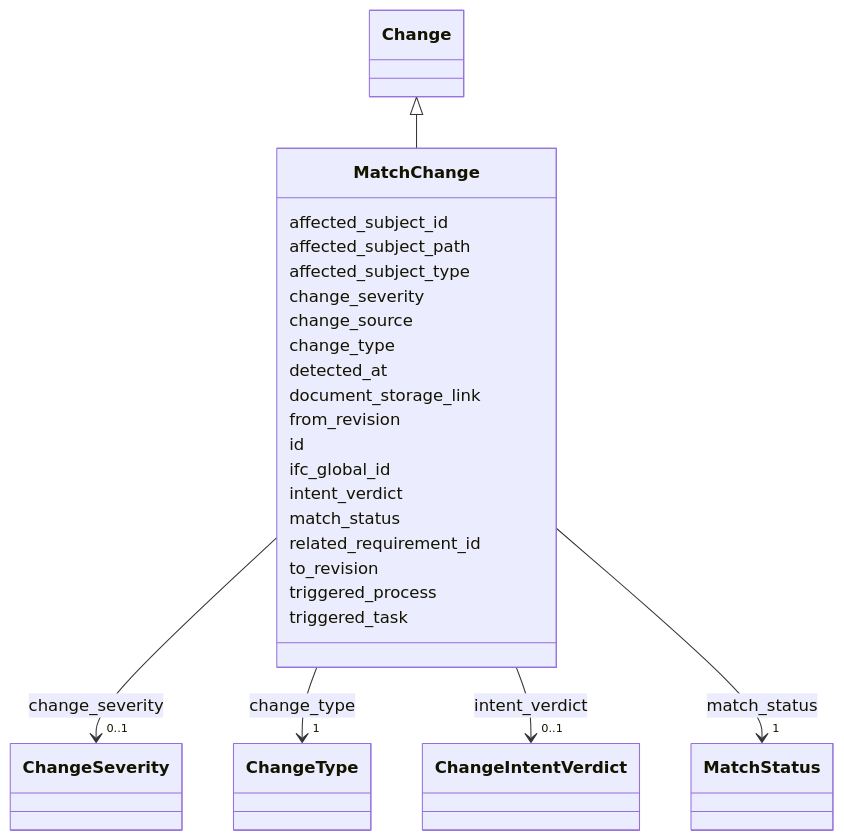
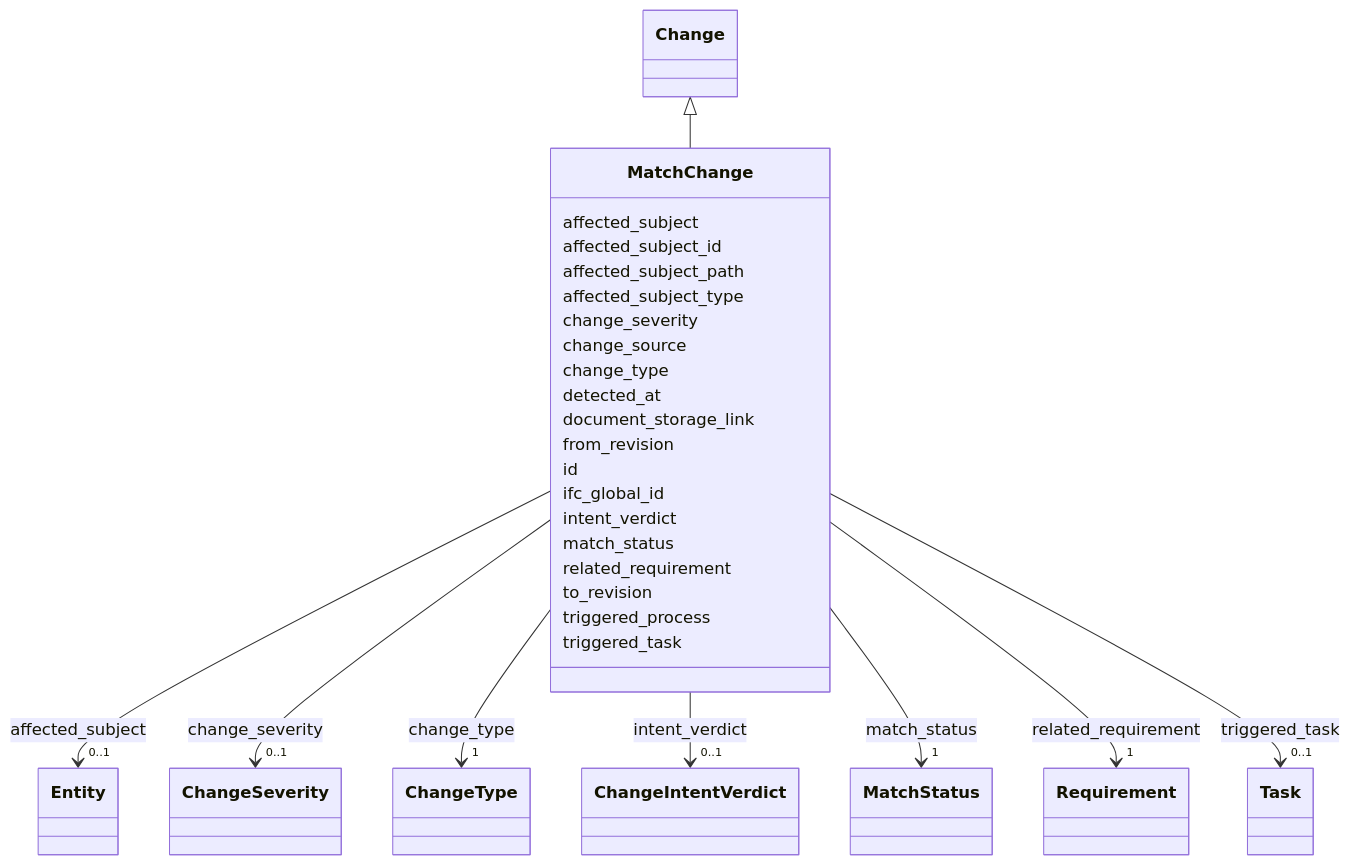
Before and after one commit to simondilhas/pragmatic-bim-data-contract: the diagram in latest/schema/MatchChange.md, drawn with Mermaid. The commit also changed other lines of this file and 1888 other files, not shown here.

````diff
--- a/latest/schema/MatchChange.md
+++ b/latest/schema/MatchChange.md
@@ -25,32 +25,39 @@
 ```mermaid
  classDiagram
     class MatchChange
     click MatchChange href "./MatchChange.html"
       Change <|-- MatchChange
         click Change href "./Change.html"
+      MatchChange : affected_subject
+        MatchChange --> "0..1" Entity : affected_subject
+        click Entity href "./Entity.html"
       MatchChange : affected_subject_id
       MatchChange : affected_subject_path
       MatchChange : affected_subject_type
       MatchChange : change_severity
         MatchChange --> "0..1" ChangeSeverity : change_severity
         click ChangeSeverity href "./ChangeSeverity.html"
       MatchChange : change_source
       MatchChange : change_type
         MatchChange --> "1" ChangeType : change_type
         click ChangeType href "./ChangeType.html"
       MatchChange : detected_at
       MatchChange : document_storage_link
       MatchChange : from_revision
       MatchChange : id
       MatchChange : ifc_global_id
       MatchChange : intent_verdict
         MatchChange --> "0..1" ChangeIntentVerdict : intent_verdict
         click ChangeIntentVerdict href "./ChangeIntentVerdict.html"
       MatchChange : match_status
         MatchChange --> "1" MatchStatus : match_status
         click MatchStatus href "./MatchStatus.html"
-      MatchChange : related_requirement_id
+      MatchChange : related_requirement
+        MatchChange --> "1" Requirement : related_requirement
+        click Requirement href "./Requirement.html"
       MatchChange : to_revision
       MatchChange : triggered_process
       MatchChange : triggered_task
+        MatchChange --> "0..1" Task : triggered_task
+        click Task href "./Task.html"
 ```
````
